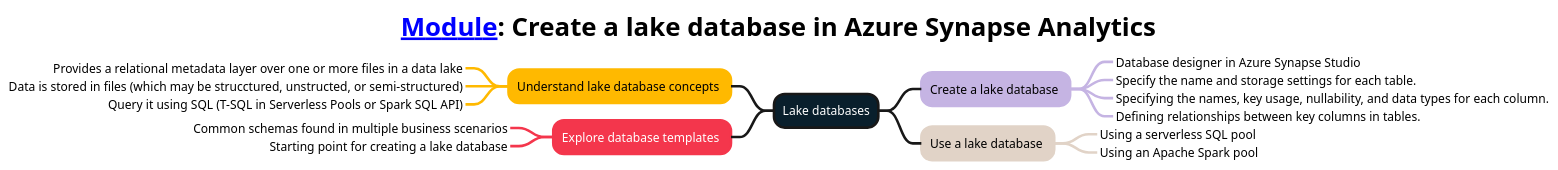
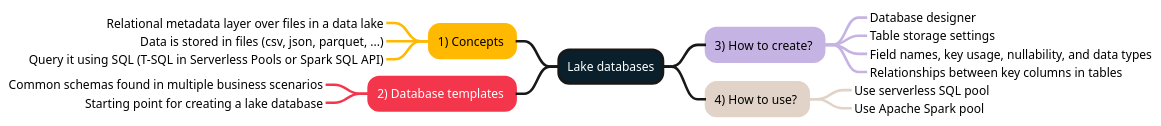
Before and after one commit to weslbo/dp-203: the diagram in mindmaps/06-Create a lake database in Azure Synapse Analytics.plantuml, drawn with PlantUML. The commit also changed 72 other files, not shown here.

Commit message:
Updated mindmaps

```diff
--- a/mindmaps/06-Create a lake database in Azure Synapse Analytics.plantuml
+++ b/mindmaps/06-Create a lake database in Azure Synapse Analytics.plantuml
@@ -1,62 +1,55 @@
 @startmindmap
 <style>
-title {
-        FontSize 30
-        FontColor #000000
-    }
-mindmapDiagram {
-    :depth(0) {
-        BackgroundColor #091f2c
-        FontColor #ffffff
-        LineThickness 3.0
-    }
-    .topic1 {
-        BackgroundColor #ffb900
-        LineColor #ffb900
-        LineThickness 3.0
-        FontColor #000000
-    }
-    .topic2 {
-        BackgroundColor #f4364c
-        LineColor #f4364c
-        LineThickness 3.0
-        FontColor #ffffff
-    }
-    .topic3 {
-        BackgroundColor #c5b4e3
-        LineColor #c5b4e3
-        LineThickness 3.0
-        FontColor #000000
-    }
-    .topic4 {
-        BackgroundColor #e1d3c7
-        LineColor #e1d3c7
-        LineThickness 3.0
-        FontColor #000000
-    }
-    .topic5 {
-        BackgroundColor #07641d
-        LineColor #07641d
-        LineThickness 3.0
-        FontColor #ffffff
-    }
+:depth(0) {
+    BackgroundColor #091f2c
+    FontColor #ffffff
+    LineThickness 3.0
+}
+.topic1 {
+    BackgroundColor #ffb900
+    LineColor #ffb900
+    LineThickness 3.0
+    FontColor #000000
+}
+.topic2 {
+    BackgroundColor #f4364c
+    LineColor #f4364c
+    LineThickness 3.0
+    FontColor #ffffff
+}
+.topic3 {
+    BackgroundColor #c5b4e3
+    LineColor #c5b4e3
+    LineThickness 3.0
+    FontColor #000000
+}
+.topic4 {
+    BackgroundColor #e1d3c7
+    LineColor #e1d3c7
+    LineThickness 3.0
+    FontColor #000000
+}
+.topic5 {
+    BackgroundColor #07641d
+    LineColor #07641d
+    LineThickness 3.0
+    FontColor #ffffff
 }
 </style>
-title [[https://learn.microsoft.com/training/modules/create-metadata-objects-azure-synapse-serverless-sql-pools/ Module]]: Create a lake database in Azure Synapse Analytics
 + Lake databases
--- Understand lake database concepts <<topic1>>
----_ Provides a relational metadata layer over one or more files in a data lake
----_ Data is stored in files (which may be strucctured, unstructed, or semi-structured)
+-- 1) Concepts <<topic1>>
+---_ Relational metadata layer over files in a data lake
+---_ Data is stored in files (csv, json, parquet, ...)
 ---_ Query it using SQL (T-SQL in Serverless Pools or Spark SQL API)
--- Explore database templates <<topic2>>
+-- 2) Database templates <<topic2>>
 ---_ Common schemas found in multiple business scenarios
 ---_ Starting point for creating a lake database
-++ Create a lake database <<topic3>>
-+++_ Database designer in Azure Synapse Studio
-+++_ Specify the name and storage settings for each table.
-+++_ Specifying the names, key usage, nullability, and data types for each column.
-+++_ Defining relationships between key columns in tables.
-++ Use a lake database <<topic4>>
-+++_ Using a serverless SQL pool
-+++_ Using an Apache Spark pool
+++ 3) How to create? <<topic3>>
++++_ Database designer
++++_ Table storage settings
++++_ Field names, key usage, nullability, and data types
++++_ Relationships between key columns in tables
+++ 4) How to use? <<topic4>>
++++_ Use serverless SQL pool
++++_ Use Apache Spark pool
 @endmindmap
```
